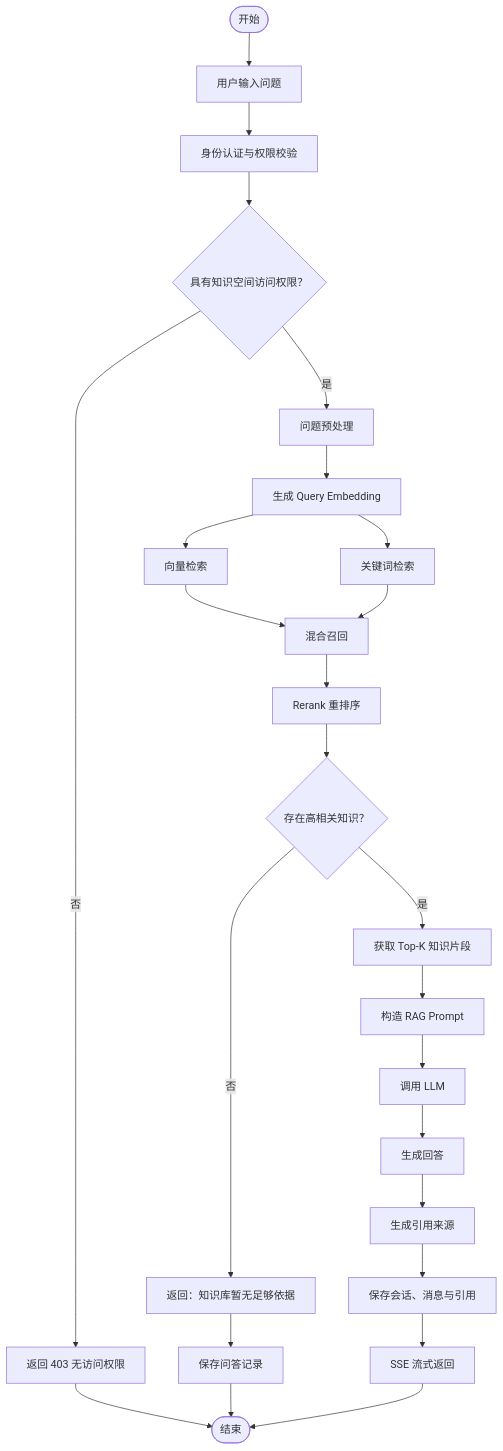
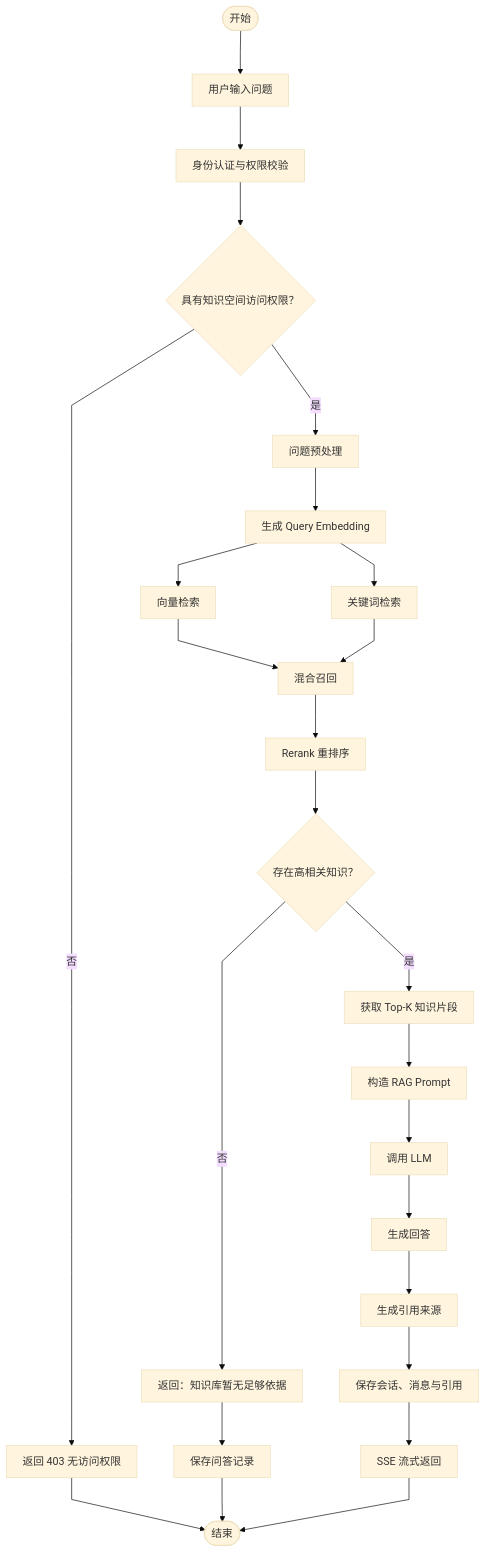
The ninth of 22 diagrams in readme.md (YJsnz/Agent), drawn with Mermaid before and after one commit. The commit also changed other lines of this file, not shown here.

````diff
--- a/readme.md
+++ b/readme.md
@@ -775,34 +803,35 @@
 ```mermaid
+%%{init: {"theme":"base","themeVariables":{"fontFamily":"Microsoft YaHei, Arial, sans-serif"},"flowchart":{"curve":"linear","nodeSpacing":55,"rankSpacing":65,"padding":12,"useMaxWidth":false}}}%%
 flowchart TD
     A([开始]) --> B["用户输入问题"]
     B --> C["身份认证与权限校验"]
     C --> D{"具有知识空间访问权限？"}
 
     D -- 否 --> E["返回 403 无访问权限"]
     E --> Z([结束])
 
     D -- 是 --> F["问题预处理"]
     F --> G["生成 Query Embedding"]
 
     G --> H1["向量检索"]
     G --> H2["关键词检索"]
 
     H1 --> I["混合召回"]
     H2 --> I
 
     I --> J["Rerank 重排序"]
     J --> K{"存在高相关知识？"}
 
     K -- 否 --> L["返回：知识库暂无足够依据"]
     L --> M["保存问答记录"]
     M --> Z
 
     K -- 是 --> N["获取 Top-K 知识片段"]
     N --> O["构造 RAG Prompt"]
     O --> P["调用 LLM"]
     P --> Q["生成回答"]
     Q --> R["生成引用来源"]
     R --> S["保存会话、消息与引用"]
     S --> T["SSE 流式返回"]
     T --> Z
 ```
````
